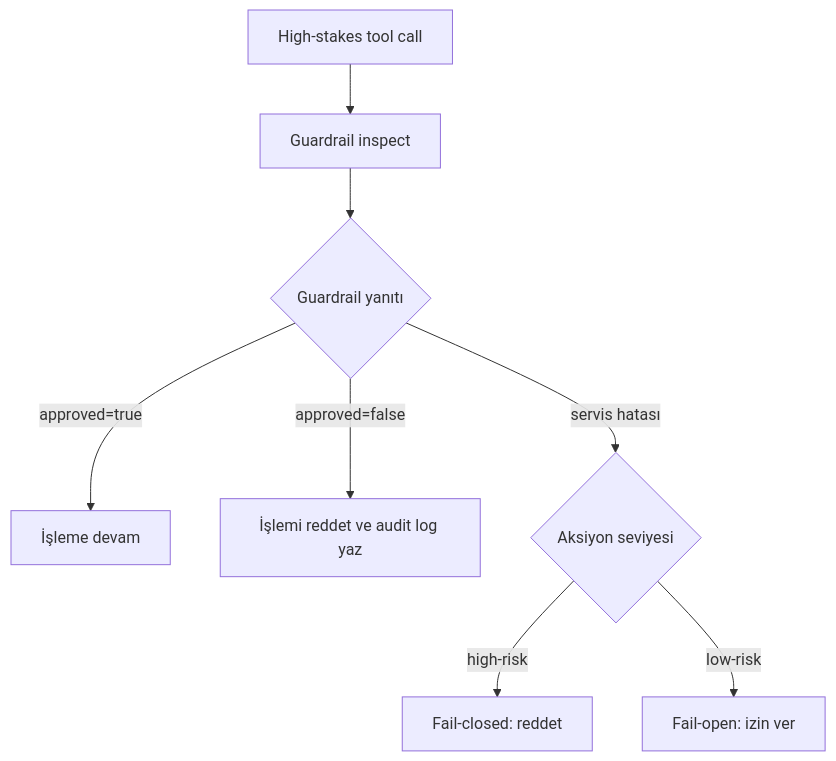
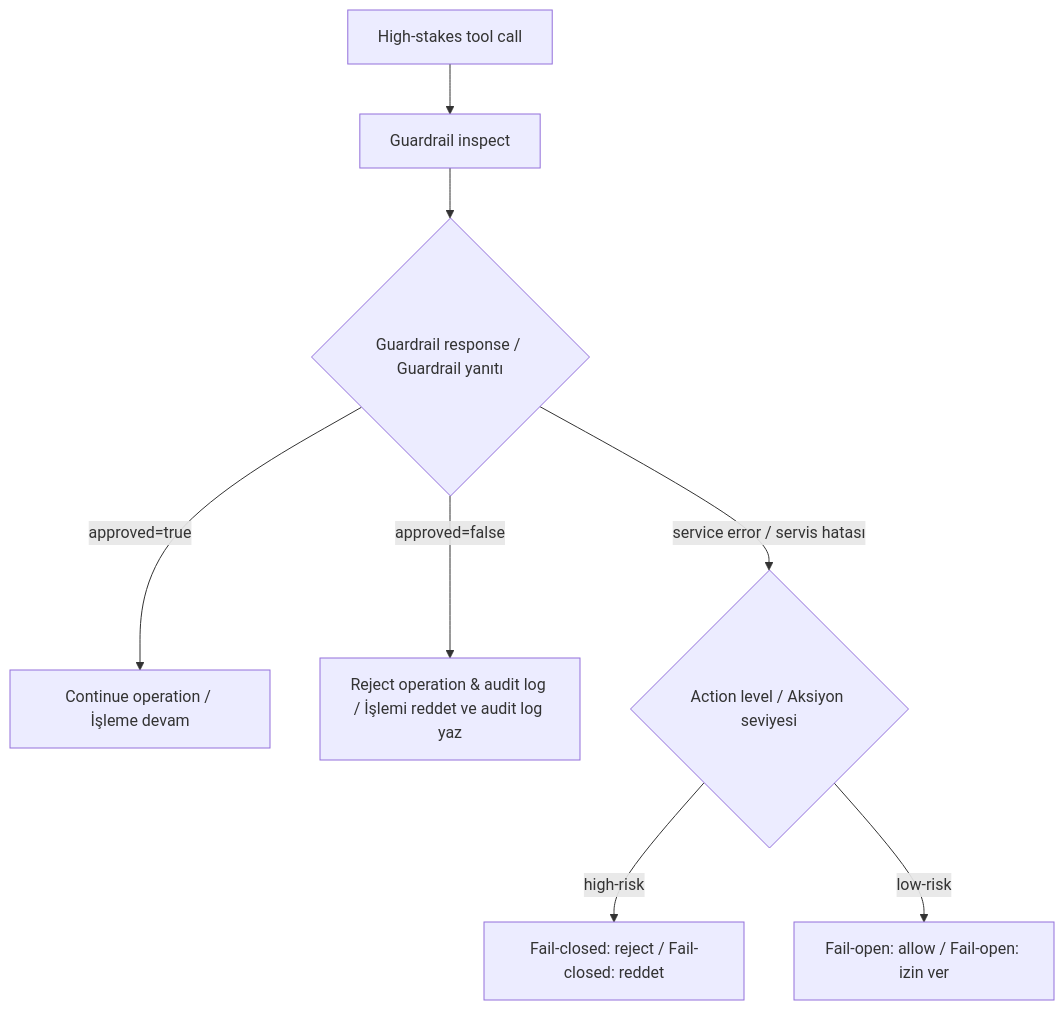
Before and after one commit to knowhycodata/knowhy_auth0: the fourth of 5 diagrams in README.md, drawn with Mermaid. The commit also changed other lines of this file, not shown here.

````diff
--- a/README.md
+++ b/README.md
@@ -250,10 +262,10 @@
 ```mermaid
 flowchart TD
     A["High-stakes tool call"] --> B["Guardrail inspect"]
-    B --> C{"Guardrail yanıtı"}
-    C -- "approved=true" --> D["İşleme devam"]
-    C -- "approved=false" --> E["İşlemi reddet ve audit log yaz"]
-    C -- "servis hatası" --> F{"Aksiyon seviyesi"}
-    F -- "high-risk" --> G["Fail-closed: reddet"]
-    F -- "low-risk" --> H["Fail-open: izin ver"]
+    B --> C{"Guardrail response / Guardrail yanıtı"}
+    C -- "approved=true" --> D["Continue operation / İşleme devam"]
+    C -- "approved=false" --> E["Reject operation & audit log / İşlemi reddet ve audit log yaz"]
+    C -- "service error / servis hatası" --> F{"Action level / Aksiyon seviyesi"}
+    F -- "high-risk" --> G["Fail-closed: reject / Fail-closed: reddet"]
+    F -- "low-risk" --> H["Fail-open: allow / Fail-open: izin ver"]
 ```
````
